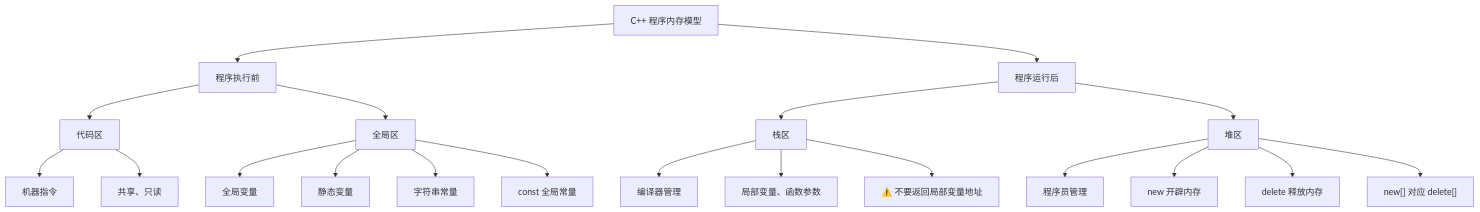
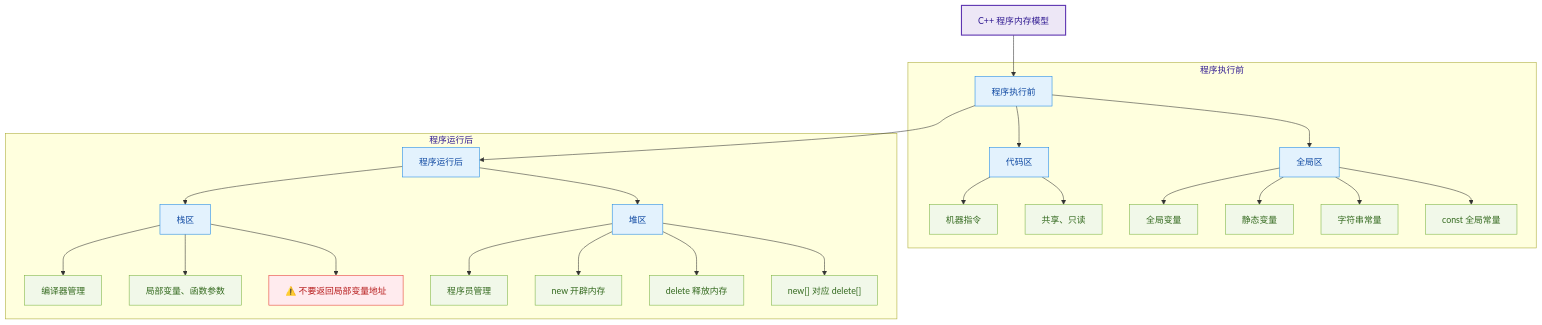
One commit to fanyu99/MyNote changed the diagram in C++学习笔记/cpp面向对象程序设计/01~05 程序的内存模型.md. Above: the diagram before and after it, drawn with Mermaid. The commit also changed 26 other files, not shown here.

````diff
--- a/C++学习笔记/cpp面向对象程序设计/01~05 程序的内存模型.md
+++ b/C++学习笔记/cpp面向对象程序设计/01~05 程序的内存模型.md
@@ -229,28 +229,45 @@
 ```mermaid
-graph TD
-    A[C++ 程序内存模型] --> B[程序执行前]
-    A --> C[程序运行后]
+flowchart TD
+    A["C++ 程序内存模型"]
 
-    B --> B1[代码区]
-    B --> B2[全局区]
+    subgraph PRE["程序执行前"]
+        B["程序执行前"]
+        B1["代码区"]
+        B2["全局区"]
+        B --> B1
+        B --> B2
+        B1 --> B1a["机器指令"]
+        B1 --> B1b["共享、只读"]
+        B2 --> B2a["全局变量"]
+        B2 --> B2b["静态变量"]
+        B2 --> B2c["字符串常量"]
+        B2 --> B2d["const 全局常量"]
+    end
 
-    B1 --> B1a[机器指令]
-    B1 --> B1b[共享、只读]
+    subgraph POST["程序运行后"]
+        C["程序运行后"]
+        C1["栈区"]
+        C2["堆区"]
+        C --> C1
+        C --> C2
+        C1 --> C1a["编译器管理"]
+        C1 --> C1b["局部变量、函数参数"]
+        C1 --> C1c["⚠️ 不要返回局部变量地址"]
+        C2 --> C2a["程序员管理"]
+        C2 --> C2b["new 开辟内存"]
+        C2 --> C2c["delete 释放内存"]
+        C2 --> C2d["new[] 对应 delete[]"]
+    end
 
-    B2 --> B2a[全局变量]
-    B2 --> B2b[静态变量]
-    B2 --> B2c[字符串常量]
-    B2 --> B2d[const 全局常量]
+    A --> B
+    B --> C
 
-    C --> C1[栈区]
-    C --> C2[堆区]
-
-    C1 --> C1a[编译器管理]
-    C1 --> C1b[局部变量、函数参数]
-    C1 --> C1c[⚠️ 不要返回局部变量地址]
-
-    C2 --> C2a[程序员管理]
-    C2 --> C2b["new 开辟内存"]
-    C2 --> C2c["delete 释放内存"]
-    C2 --> C2d["new[] 对应 delete[]"]
+    classDef root fill:#ede7f6,stroke:#5e35b1,stroke-width:2px,color:#311b92;
+    classDef lv1 fill:#e3f2fd,stroke:#1e88e5,color:#0d47a1;
+    classDef lv2 fill:#f1f8e9,stroke:#7cb342,color:#33691e;
+    classDef warn fill:#ffebee,stroke:#e53935,color:#b71c1c;
+    class A root;
+    class B,C,B1,B2,C1,C2 lv1;
+    class B1a,B1b,B2a,B2b,B2c,B2d,C1a,C1b,C2a,C2b,C2c,C2d lv2;
+    class C1c warn;
 ```
````
